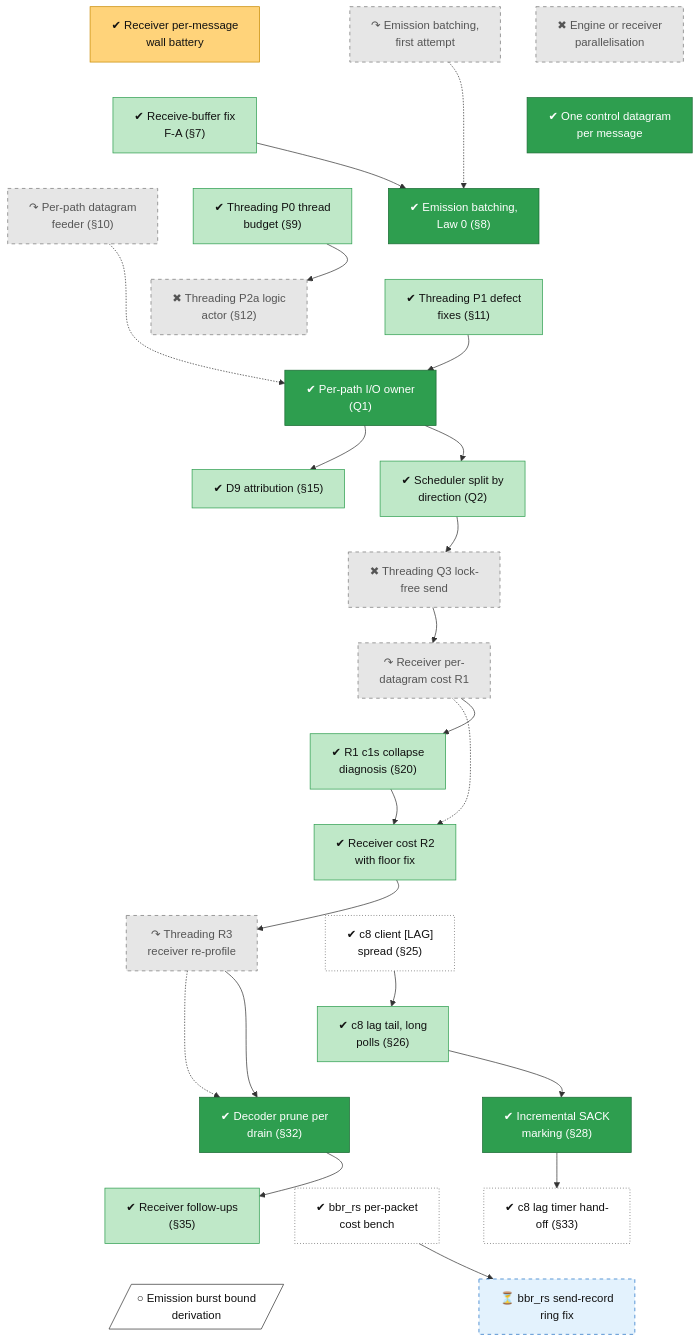
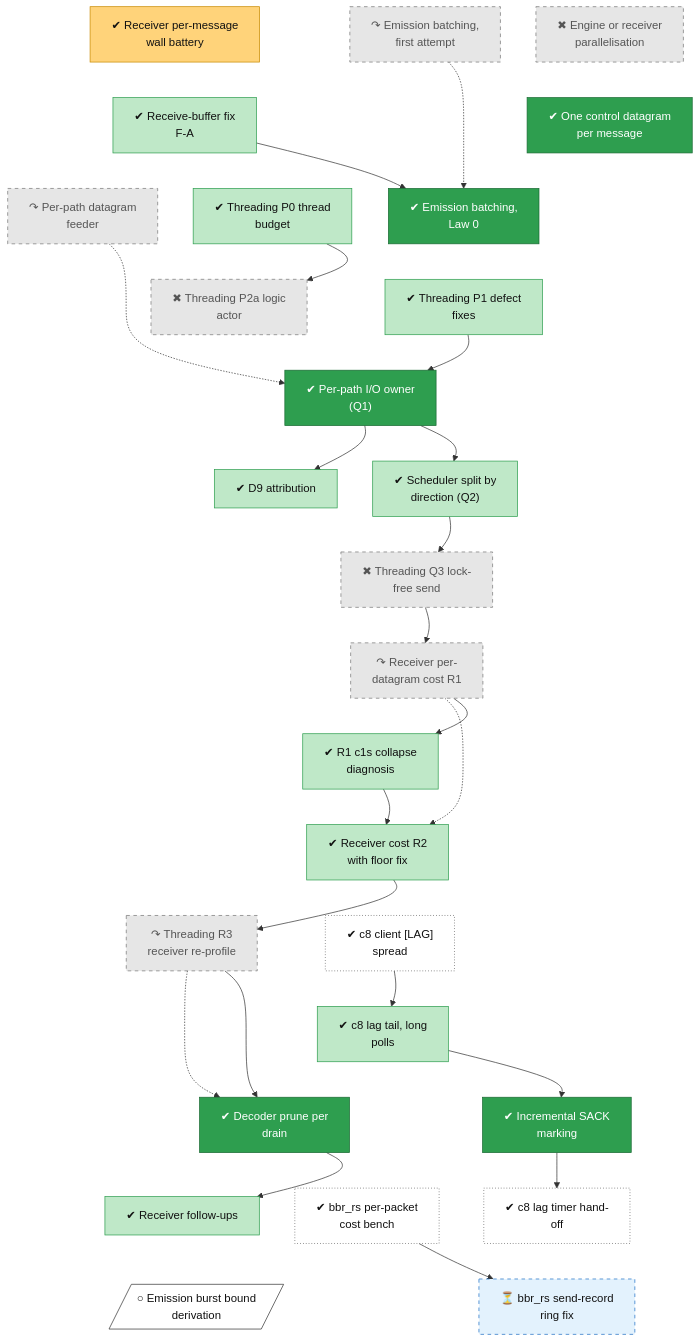
Before and after one commit to lhns/raptorpath: the diagram in docs/roadmap/tracks/perf.md, drawn with Mermaid. The commit also changed other lines of this file and 12 other files, not shown here.

First line of the commit message:
roadmap: plain titles - no section numbers or internal codenames (block E, F2, s62, 61a) in titles or plain sentences

```diff
--- a/docs/roadmap/tracks/perf.md
+++ b/docs/roadmap/tracks/perf.md
@@ -13,26 +13,26 @@
     perf_emit_batch_v1["↷ Emission batching,<br/>first attempt"]
     perf_recv_msg_wall["✔ Receiver per-message<br/>wall battery"]
     perf_ack_merge["✔ One control datagram<br/>per message"]
-    perf_rcvbuf["✔ Receive-buffer fix<br/>F-A (#167;7)"]
-    perf_emit_batch_law0["✔ Emission batching,<br/>Law 0 (#167;8)"]
-    perf_quic_feeder["↷ Per-path datagram<br/>feeder (#167;10)"]
-    perf_threading_p0["✔ Threading P0 thread<br/>budget (#167;9)"]
-    perf_threading_p1["✔ Threading P1 defect<br/>fixes (#167;11)"]
-    perf_threading_p2a["✖ Threading P2a logic<br/>actor (#167;12)"]
+    perf_rcvbuf["✔ Receive-buffer fix<br/>F-A"]
+    perf_emit_batch_law0["✔ Emission batching,<br/>Law 0"]
+    perf_quic_feeder["↷ Per-path datagram<br/>feeder"]
+    perf_threading_p0["✔ Threading P0 thread<br/>budget"]
+    perf_threading_p1["✔ Threading P1 defect<br/>fixes"]
+    perf_threading_p2a["✖ Threading P2a logic<br/>actor"]
     perf_io_owner["✔ Per-path I/O owner<br/>(Q1)"]
-    perf_d9_attribution["✔ D9 attribution (#167;15)"]
+    perf_d9_attribution["✔ D9 attribution"]
     perf_sched_split["✔ Scheduler split by<br/>direction (Q2)"]
     perf_q3_investigation["✖ Threading Q3 lock-<br/>free send"]
     perf_receiver_r1["↷ Receiver per-<br/>datagram cost R1"]
-    perf_s20_r1_collapse["✔ R1 c1s collapse<br/>diagnosis (#167;20)"]
+    perf_s20_r1_collapse["✔ R1 c1s collapse<br/>diagnosis"]
     perf_receiver_r2["✔ Receiver cost R2<br/>with floor fix"]
     perf_threading_r3["↷ Threading R3<br/>receiver re-profile"]
-    perf_c8_lag["✔ c8 client #91;LAG#93;<br/>spread (#167;25)"]
-    perf_s26_long_polls["✔ c8 lag tail, long<br/>polls (#167;26)"]
-    perf_incremental_sack["✔ Incremental SACK<br/>marking (#167;28)"]
-    perf_decoder_prune["✔ Decoder prune per<br/>drain (#167;32)"]
-    perf_s33_timer["✔ c8 lag timer hand-<br/>off (#167;33)"]
-    perf_receiver_followups["✔ Receiver follow-ups<br/>(#167;35)"]
+    perf_c8_lag["✔ c8 client #91;LAG#93;<br/>spread"]
+    perf_s26_long_polls["✔ c8 lag tail, long<br/>polls"]
+    perf_incremental_sack["✔ Incremental SACK<br/>marking"]
+    perf_decoder_prune["✔ Decoder prune per<br/>drain"]
+    perf_s33_timer["✔ c8 lag timer hand-<br/>off"]
+    perf_receiver_followups["✔ Receiver follow-ups"]
     perf_bbrrs_ns_cost["✔ bbr_rs per-packet<br/>cost bench"]
     perf_bbrrs_ring_fix["⏳ bbr_rs send-record<br/>ring fix"]
     perf_fix_burst_bound[/"○ Emission burst bound<br/>derivation"/]
```
